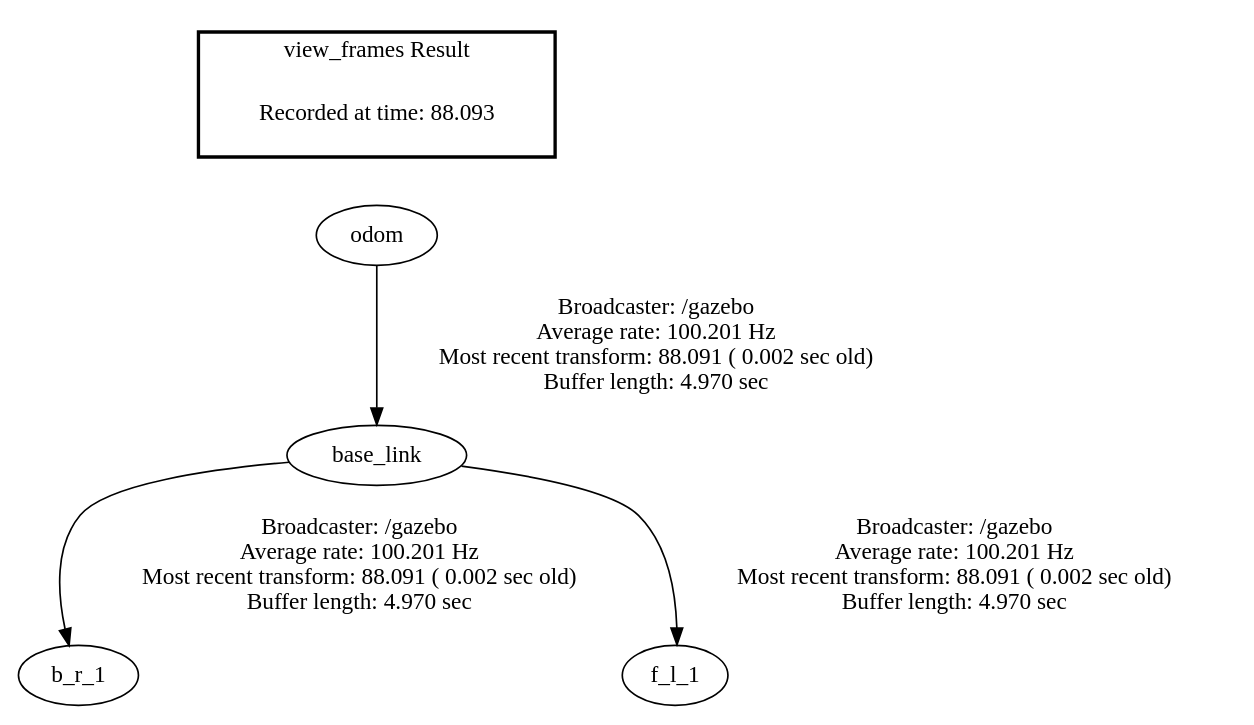
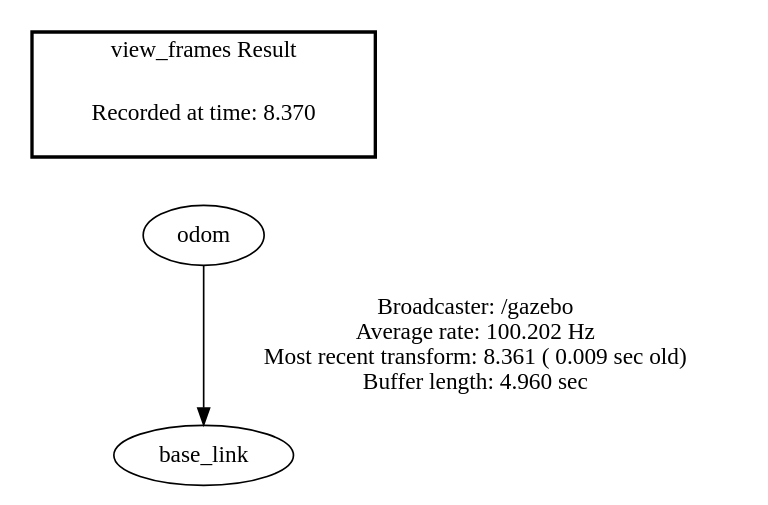
Before and after one commit to DS3a/SLAM_research: the diagram in frames.gv, drawn with Graphviz. The commit also changed 39 other files, not shown here.

```diff
--- a/frames.gv
+++ b/frames.gv
@@ -1,9 +1,7 @@
 digraph G {
-"odom" -> "base_link"[label="Broadcaster: /gazebo\nAverage rate: 100.201 Hz\nMost recent transform: 88.091 ( 0.002 sec old)\nBuffer length: 4.970 sec\n"];
-"base_link" -> "b_r_1"[label="Broadcaster: /gazebo\nAverage rate: 100.201 Hz\nMost recent transform: 88.091 ( 0.002 sec old)\nBuffer length: 4.970 sec\n"];
-"base_link" -> "f_l_1"[label="Broadcaster: /gazebo\nAverage rate: 100.201 Hz\nMost recent transform: 88.091 ( 0.002 sec old)\nBuffer length: 4.970 sec\n"];
+"odom" -> "base_link"[label="Broadcaster: /gazebo\nAverage rate: 100.202 Hz\nMost recent transform: 8.361 ( 0.009 sec old)\nBuffer length: 4.960 sec\n"];
 edge [style=invis];
  subgraph cluster_legend { style=bold; color=black; label ="view_frames Result";
-"Recorded at time: 88.093"[ shape=plaintext ] ;
+"Recorded at time: 8.370"[ shape=plaintext ] ;
  }->"odom";
 }
```
